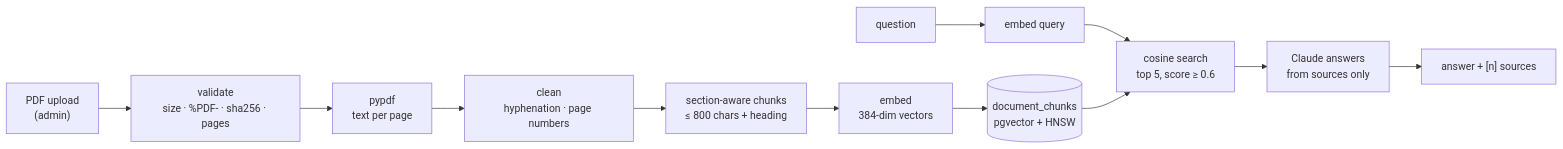
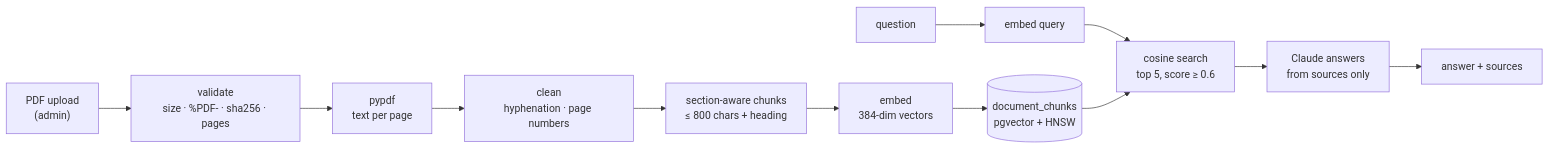
Before and after one commit to InviXtaHydra/invixta: the second of 3 diagrams in README.md, drawn with Mermaid. The commit also changed other lines of this file and 7 other files, not shown here.

````diff
--- a/README.md
+++ b/README.md
@@ -145,11 +250,11 @@
 ```mermaid
 flowchart LR
     PDF["PDF upload<br/>(admin)"] --> Check["validate<br/>size · %PDF- · sha256 · pages"]
     Check --> Extract["pypdf<br/>text per page"]
     Extract --> Clean["clean<br/>hyphenation · page numbers"]
     Clean --> Chunk["section-aware chunks<br/>≤ 800 chars + heading"]
     Chunk --> Embed["embed<br/>384-dim vectors"]
     Embed --> Store[("document_chunks<br/>pgvector + HNSW")]
     Q["question"] --> QE["embed query"] --> Search["cosine search<br/>top 5, score ≥ 0.6"]
-    Store --> Search --> LLM["Claude answers<br/>from sources only"] --> A["answer + [n] sources"]
+    Store --> Search --> LLM["Claude answers<br/>from sources only"] --> A["answer + sources"]
 ```
````
